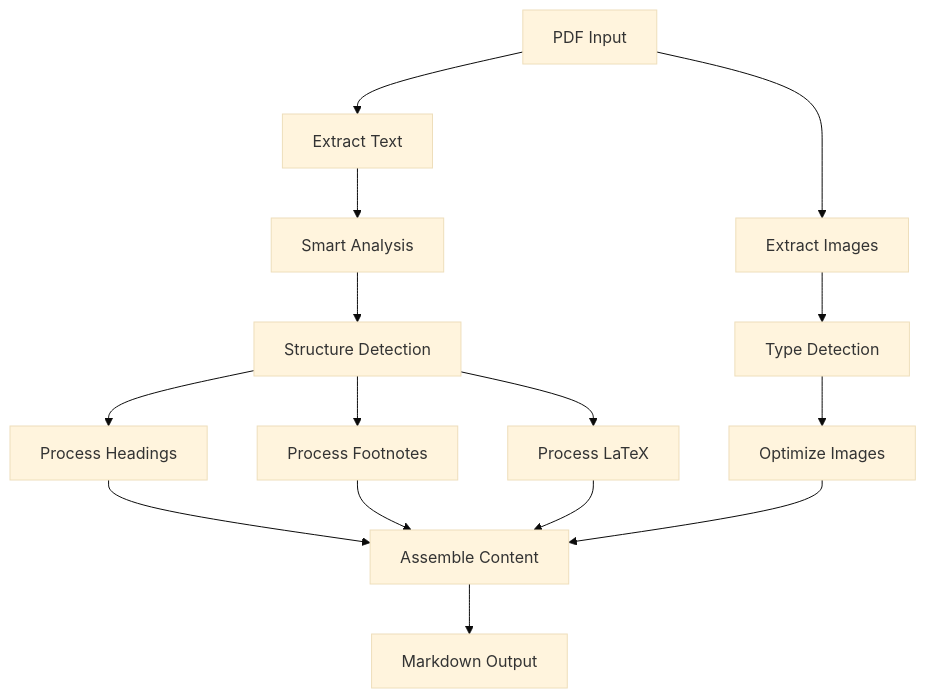
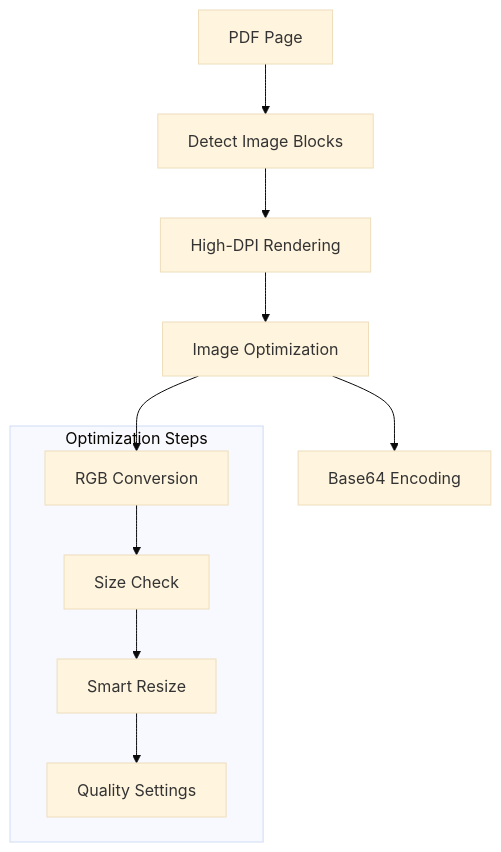
The second of 3 diagrams in memory-bank/systemPatterns.md (Shades-24/pdf2md-core), drawn with Mermaid (base theme) before and after one commit. The commit also changed other lines of this file, not shown here.

Commit message:
Updated system patterns with improved image processing architecture

````diff
--- a/memory-bank/systemPatterns.md
+++ b/memory-bank/systemPatterns.md
@@ -44,17 +18,19 @@
 ```mermaid
 flowchart TD
-    Input[PDF Input] --> Text[Extract Text]
-    Input --> Images[Extract Images]
-    Text --> Analyze[Smart Analysis]
-    Images --> TypeDetect[Type Detection]
-    Analyze --> Structure[Structure Detection]
-    Structure --> Headings[Process Headings]
-    Structure --> Footnotes[Process Footnotes]
-    Structure --> Equations[Process LaTeX]
-    TypeDetect --> Optimize[Optimize Images]
-    Headings --> Assemble[Assemble Content]
-    Footnotes --> Assemble
-    Equations --> Assemble
-    Optimize --> Assemble
-    Assemble --> Output[Markdown Output]
+    Page[PDF Page] --> Blocks[Detect Image Blocks]
+    Blocks --> Render[High-DPI Rendering]
+    Render --> Optimize[Image Optimization]
+    Optimize --> Base64[Base64 Encoding]
+    
+    subgraph "Optimization Steps"
+        RGB[RGB Conversion]
+        Size[Size Check]
+        Resize[Smart Resize]
+        Quality[Quality Settings]
+    end
+    
+    Optimize --> RGB
+    RGB --> Size
+    Size --> Resize
+    Resize --> Quality
 ```
````
